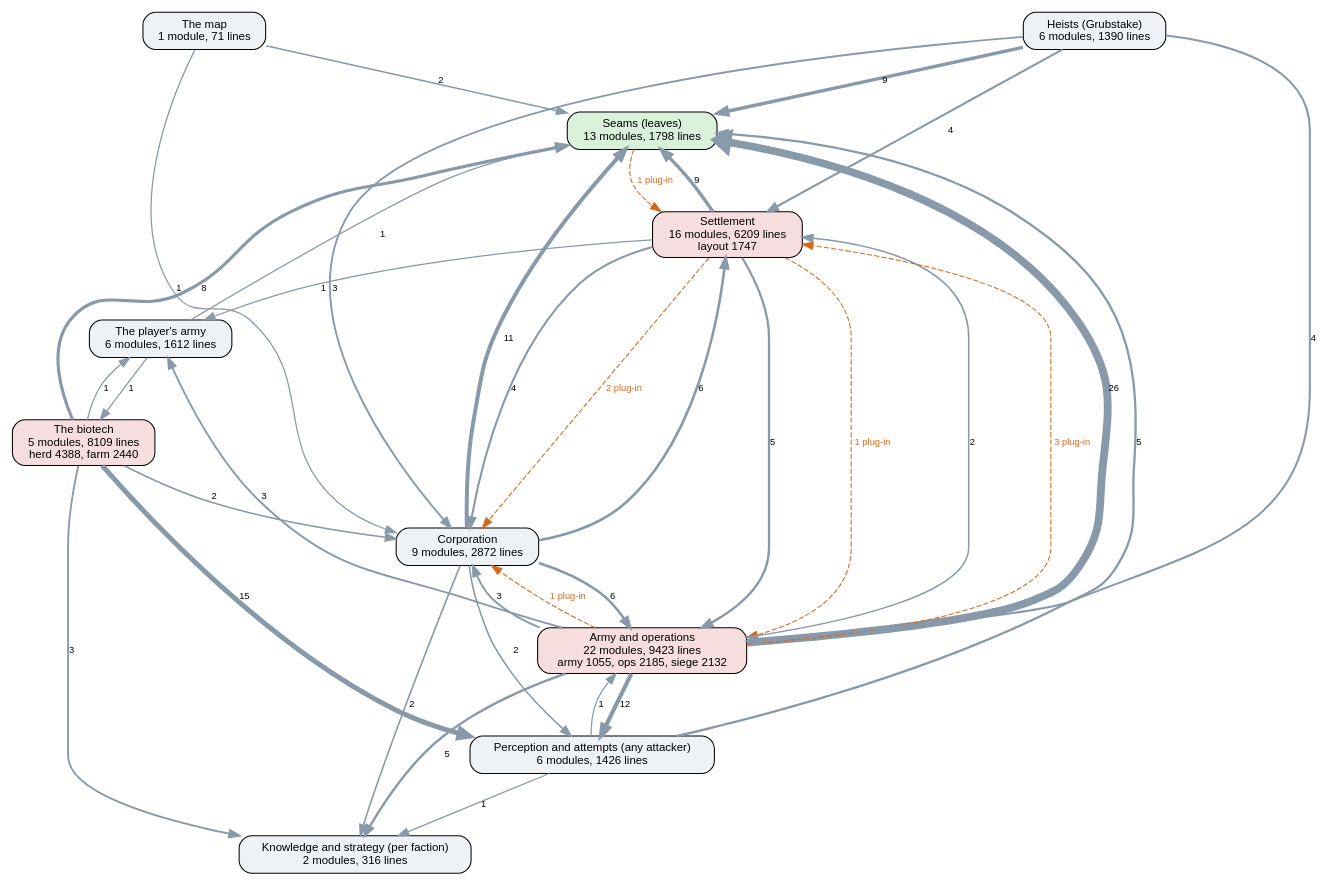
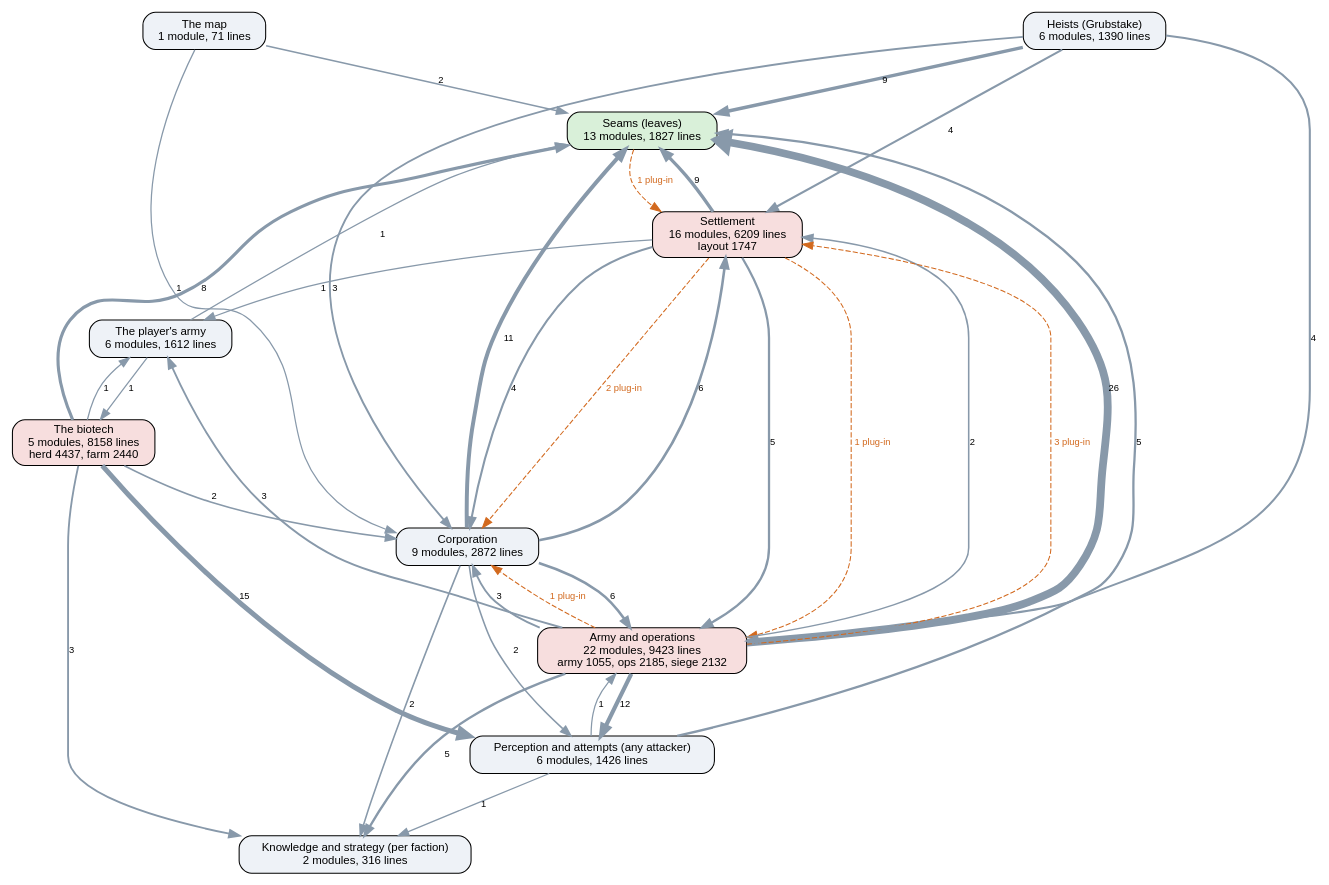
The diagram in docs/ai-layers.dot (kinelhu/landing-party), drawn with Graphviz before and after one commit. The commit also changed 11 other files, not shown here.

```diff
--- a/docs/ai-layers.dot
+++ b/docs/ai-layers.dot
@@ -1,51 +1,51 @@
 digraph layers {
   graph [rankdir=TB, fontname="Helvetica", nodesep=0.5, ranksep=0.7];
   node [shape=box, style="rounded,filled", fontname="Helvetica", fontsize=11, fillcolor="#eef2f7"];
   edge [color="#8899aa", fontname="Helvetica", fontsize=9];
-  "Seams (leaves)" [label="Seams (leaves)\n13 modules, 1798 lines", fillcolor="#d9f0d9"];
+  "Seams (leaves)" [label="Seams (leaves)\n13 modules, 1827 lines", fillcolor="#d9f0d9"];
   "Perception and attempts (any attacker)" [label="Perception and attempts (any attacker)\n6 modules, 1426 lines", fillcolor="#eef2f7"];
   "Knowledge and strategy (per faction)" [label="Knowledge and strategy (per faction)\n2 modules, 316 lines", fillcolor="#eef2f7"];
   "Corporation" [label="Corporation\n9 modules, 2872 lines", fillcolor="#eef2f7"];
   "Settlement" [label="Settlement\n16 modules, 6209 lines\nlayout 1747", fillcolor="#f7dede"];
   "Army and operations" [label="Army and operations\n22 modules, 9423 lines\narmy 1055, ops 2185, siege 2132", fillcolor="#f7dede"];
   "Heists (Grubstake)" [label="Heists (Grubstake)\n6 modules, 1390 lines", fillcolor="#eef2f7"];
-  "The biotech" [label="The biotech\n5 modules, 8109 lines\nherd 4388, farm 2440", fillcolor="#f7dede"];
+  "The biotech" [label="The biotech\n5 modules, 8158 lines\nherd 4437, farm 2440", fillcolor="#f7dede"];
   "The map" [label="The map\n1 module, 71 lines", fillcolor="#eef2f7"];
   "The player's army" [label="The player's army\n6 modules, 1612 lines", fillcolor="#eef2f7"];
   "Army and operations" -> "Corporation" [label="3", penwidth=1.8];
   "Army and operations" -> "Knowledge and strategy (per faction)" [label="5", penwidth=2.2];
   "Army and operations" -> "Perception and attempts (any attacker)" [label="12", penwidth=4.0];
   "Army and operations" -> "Seams (leaves)" [label="26", penwidth=7.5];
   "Army and operations" -> "Settlement" [label="2", penwidth=1.5];
   "Army and operations" -> "The player's army" [label="3", penwidth=1.8];
   "Corporation" -> "Army and operations" [label="6", penwidth=2.5];
   "Corporation" -> "Knowledge and strategy (per faction)" [label="2", penwidth=1.5];
   "Corporation" -> "Perception and attempts (any attacker)" [label="2", penwidth=1.5];
   "Corporation" -> "Seams (leaves)" [label="11", penwidth=3.8];
   "Corporation" -> "Settlement" [label="6", penwidth=2.5];
   "Heists (Grubstake)" -> "Army and operations" [label="4", penwidth=2.0];
   "Heists (Grubstake)" -> "Corporation" [label="3", penwidth=1.8];
   "Heists (Grubstake)" -> "Seams (leaves)" [label="9", penwidth=3.2];
   "Heists (Grubstake)" -> "Settlement" [label="4", penwidth=2.0];
   "Perception and attempts (any attacker)" -> "Army and operations" [label="1", penwidth=1.2];
   "Perception and attempts (any attacker)" -> "Knowledge and strategy (per faction)" [label="1", penwidth=1.2];
   "Perception and attempts (any attacker)" -> "Seams (leaves)" [label="5", penwidth=2.2];
   "Settlement" -> "Army and operations" [label="5", penwidth=2.2];
   "Settlement" -> "Corporation" [label="4", penwidth=2.0];
   "Settlement" -> "Seams (leaves)" [label="9", penwidth=3.2];
   "Settlement" -> "The player's army" [label="1", penwidth=1.2];
   "The biotech" -> "Corporation" [label="2", penwidth=1.5];
   "The biotech" -> "Knowledge and strategy (per faction)" [label="3", penwidth=1.8];
   "The biotech" -> "Perception and attempts (any attacker)" [label="15", penwidth=4.8];
   "The biotech" -> "Seams (leaves)" [label="8", penwidth=3.0];
   "The biotech" -> "The player's army" [label="1", penwidth=1.2];
   "The map" -> "Corporation" [label="1", penwidth=1.2];
   "The map" -> "Seams (leaves)" [label="2", penwidth=1.5];
   "The player's army" -> "Seams (leaves)" [label="1", penwidth=1.2];
   "The player's army" -> "The biotech" [label="1", penwidth=1.2];
   "Army and operations" -> "Corporation" [style=dashed, color="#d2691e", fontcolor="#d2691e", label="1 plug-in"];
   "Army and operations" -> "Settlement" [style=dashed, color="#d2691e", fontcolor="#d2691e", label="3 plug-in"];
   "Seams (leaves)" -> "Settlement" [style=dashed, color="#d2691e", fontcolor="#d2691e", label="1 plug-in"];
   "Settlement" -> "Army and operations" [style=dashed, color="#d2691e", fontcolor="#d2691e", label="1 plug-in"];
   "Settlement" -> "Corporation" [style=dashed, color="#d2691e", fontcolor="#d2691e", label="2 plug-in"];
 }
```
